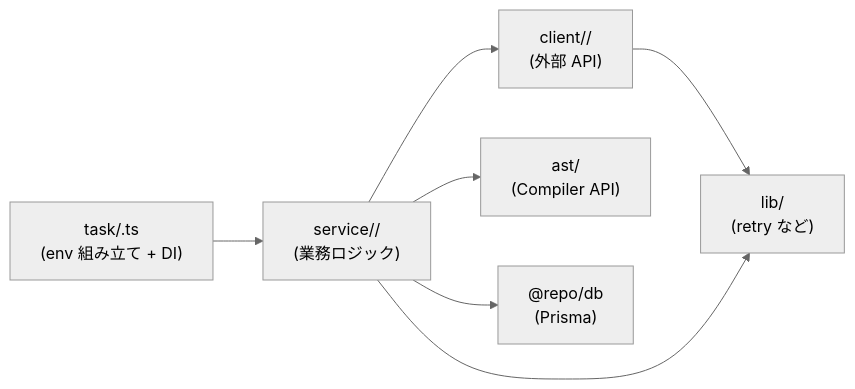
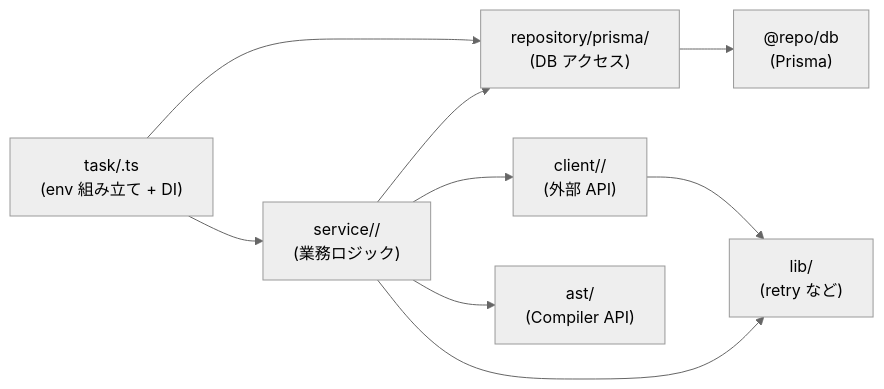
Before and after one commit to kentakki416/typing-royale: the diagram in apps/cron/README.md, drawn with Mermaid (neutral theme). The commit also changed other lines of this file and 18 other files, not shown here.

First line of the commit message:
refactor(cron): Repository を service/ から repository/prisma/ に分離

````diff
--- a/apps/cron/README.md
+++ b/apps/cron/README.md
@@ -92,9 +100,11 @@
 ```mermaid
 flowchart LR
   task["task/<name>.ts<br/>(env 組み立て + DI)"] --> service["service/<domain>/<br/>(業務ロジック)"]
+  task --> repo["repository/prisma/<br/>(DB アクセス)"]
+  service --> repo
   service --> client["client/<service>/<br/>(外部 API)"]
   service --> ast["ast/<br/>(Compiler API)"]
-  service --> db["@repo/db<br/>(Prisma)"]
+  repo --> db["@repo/db<br/>(Prisma)"]
   client --> lib["lib/<br/>(retry など)"]
   service --> lib
 ```
````
